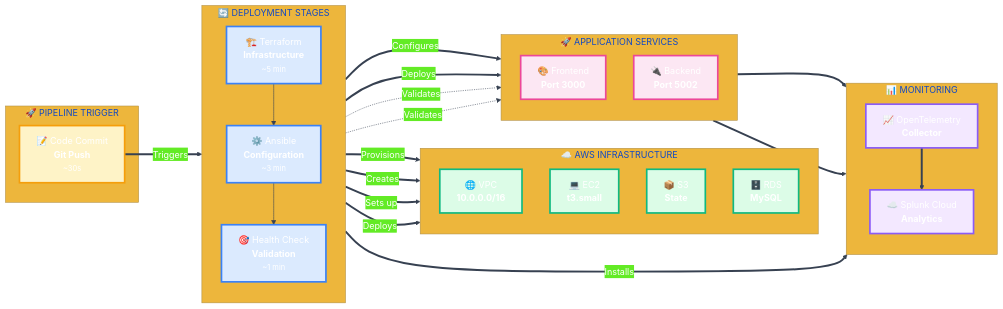
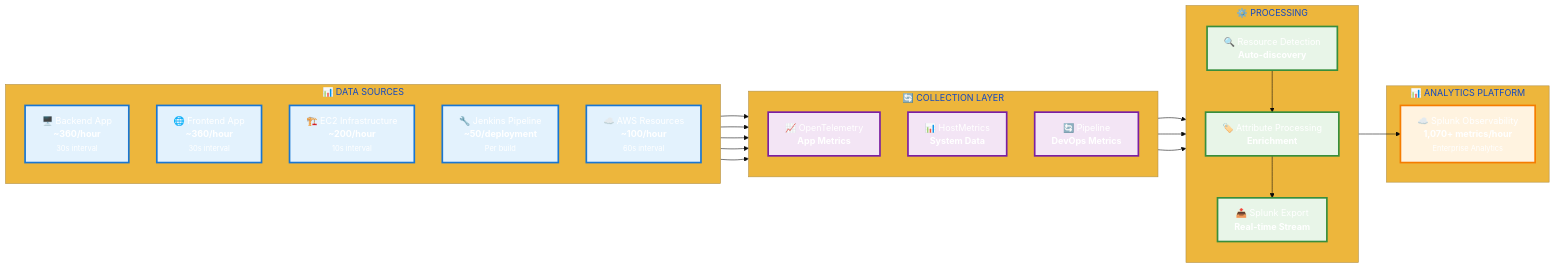
Before and after one commit to andreaendigital/CarPricePredictor-Demo: the third of 4 diagrams in docs/jenkins/DOCUMENTATION_FOR_EXPO.md, drawn with Mermaid. The commit also changed other lines of this file, not shown here.

Commit message:
docs: Enhance Data Collection Flow with metrics pipeline and performance specs
- Add detailed metrics volume per source (Backend ~360/hour, Frontend ~360/hour, etc.)
- Include collection intervals (30s, 10s, 60s) for data freshness visibility
- Show specialized collectors (OpenTelemetry, HostMetrics, Pipeline)
- Add processing pipeline with auto-discovery and enrichment stages
- Highlight enterprise analytics capability (1,070+ metrics/hour)
- Apply professional color coding by functional layer
- Enhance enterprise presentation with technical specifications
- Maintain horizontal layout consistency with other diagrams

````diff
--- a/docs/jenkins/DOCUMENTATION_FOR_EXPO.md
+++ b/docs/jenkins/DOCUMENTATION_FOR_EXPO.md
@@ -115,63 +223,55 @@
 ```mermaid
-%%{init: {'theme': 'base', 'themeVariables': {'primaryColor': '#2563eb', 'primaryTextColor': '#ffffff', 'lineColor': '#374151'}}}%%
+%%{init: {'theme': 'base', 'themeVariables': {'primaryColor': '#2563eb', 'primaryTextColor': '#ffffff'}}}%%
 
 flowchart LR
-    subgraph TRIGGER ["🚀 PIPELINE TRIGGER"]
-        T1["📝 Code Commit<br/><b>Git Push</b><br/><small>~30s</small>"]
+    subgraph SOURCES ["📊 DATA SOURCES"]
+        direction TB
+        S1["🖥️ Backend App<br/><b>~360/hour</b><br/><small>30s interval</small>"]
+        S2["🌐 Frontend App<br/><b>~360/hour</b><br/><small>30s interval</small>"]
+        S3["🏗️ EC2 Infrastructure<br/><b>~200/hour</b><br/><small>10s interval</small>"]
+        S4["🔧 Jenkins Pipeline<br/><b>~50/deployment</b><br/><small>Per build</small>"]
+        S5["☁️ AWS Resources<br/><b>~100/hour</b><br/><small>60s interval</small>"]
     end
 
-    subgraph PIPELINE ["🔄 DEPLOYMENT STAGES"]
+    subgraph COLLECTORS ["🔄 COLLECTION LAYER"]
         direction TB
-        P1["🏗️ Terraform<br/><b>Infrastructure</b><br/><small>~5 min</small>"]
-        P2["⚙️ Ansible<br/><b>Configuration</b><br/><small>~3 min</small>"]
-        P3["🎯 Health Check<br/><b>Validation</b><br/><small>~1 min</small>"]
+        C1["📈 OpenTelemetry<br/><b>App Metrics</b>"]
+        C2["📊 HostMetrics<br/><b>System Data</b>"]
+        C3["🔄 Pipeline<br/><b>DevOps Metrics</b>"]
     end
 
-    subgraph INFRA ["☁️ AWS INFRASTRUCTURE"]
+    subgraph PROCESSING ["⚙️ PROCESSING"]
         direction TB
-        I1["🌐 VPC<br/><b>10.0.0.0/16</b>"]
-        I2["💻 EC2<br/><b>t3.small</b>"]
-        I3["📦 S3<br/><b>State</b>"]
-        I4["🗄️ RDS<br/><b>MySQL</b>"]
+        P1["🔍 Resource Detection<br/><b>Auto-discovery</b>"]
+        P2["🏷️ Attribute Processing<br/><b>Enrichment</b>"]
+        P3["📤 Splunk Export<br/><b>Real-time Stream</b>"]
     end
 
-    subgraph APPS ["🚀 APPLICATION SERVICES"]
-        direction TB
-        A1["🎨 Frontend<br/><b>Port 3000</b>"]
-        A2["🔌 Backend<br/><b>Port 5002</b>"]
+    subgraph ANALYTICS ["📊 ANALYTICS PLATFORM"]
+        A1["☁️ Splunk Observability<br/><b>1,070+ metrics/hour</b><br/><small>Enterprise Analytics</small>"]
     end
 
-    subgraph MONITOR ["📊 MONITORING"]
-        direction TB
-        M1["📈 OpenTelemetry<br/><b>Collector</b>"]
-        M2["☁️ Splunk Cloud<br/><b>Analytics</b>"]
-    end
+    S1 --> C1
+    S2 --> C1
+    S3 --> C2
+    S4 --> C3
+    S5 --> C2
 
-    T1 ==>|"Triggers"| P1
-    P1 ==>|"Provisions"| I1
-    P1 ==>|"Creates"| I2
-    P1 ==>|"Sets up"| I3
-    P1 ==>|"Deploys"| I4
+    C1 --> P1
+    C2 --> P1
+    C3 --> P1
+
     P1 --> P2
-    P2 ==>|"Configures"| A1
-    P2 ==>|"Deploys"| A2
-    P2 ==>|"Installs"| M1
     P2 --> P3
-    P3 -.->|"Validates"| A1
-    P3 -.->|"Validates"| A2
-    A1 ==> M1
-    A2 ==> M1
-    M1 ==> M2
+    P3 --> A1
 
-    classDef trigger fill:#fef3c7,stroke:#f59e0b,stroke-width:3px
-    classDef pipeline fill:#dbeafe,stroke:#3b82f6,stroke-width:3px
-    classDef infra fill:#dcfce7,stroke:#10b981,stroke-width:3px
-    classDef apps fill:#fce7f3,stroke:#ec4899,stroke-width:3px
-    classDef monitor fill:#f3e8ff,stroke:#8b5cf6,stroke-width:3px
+    classDef sources fill:#e3f2fd,stroke:#1976d2,stroke-width:3px
+    classDef collectors fill:#f3e5f5,stroke:#7b1fa2,stroke-width:3px
+    classDef processing fill:#e8f5e8,stroke:#388e3c,stroke-width:3px
+    classDef analytics fill:#fff3e0,stroke:#f57c00,stroke-width:3px
 
-    class T1 trigger
-    class P1,P2,P3 pipeline
-    class I1,I2,I3,I4 infra
-    class A1,A2 apps
-    class M1,M2 monitor
+    class S1,S2,S3,S4,S5 sources
+    class C1,C2,C3 collectors
+    class P1,P2,P3 processing
+    class A1 analytics
 ```
````
